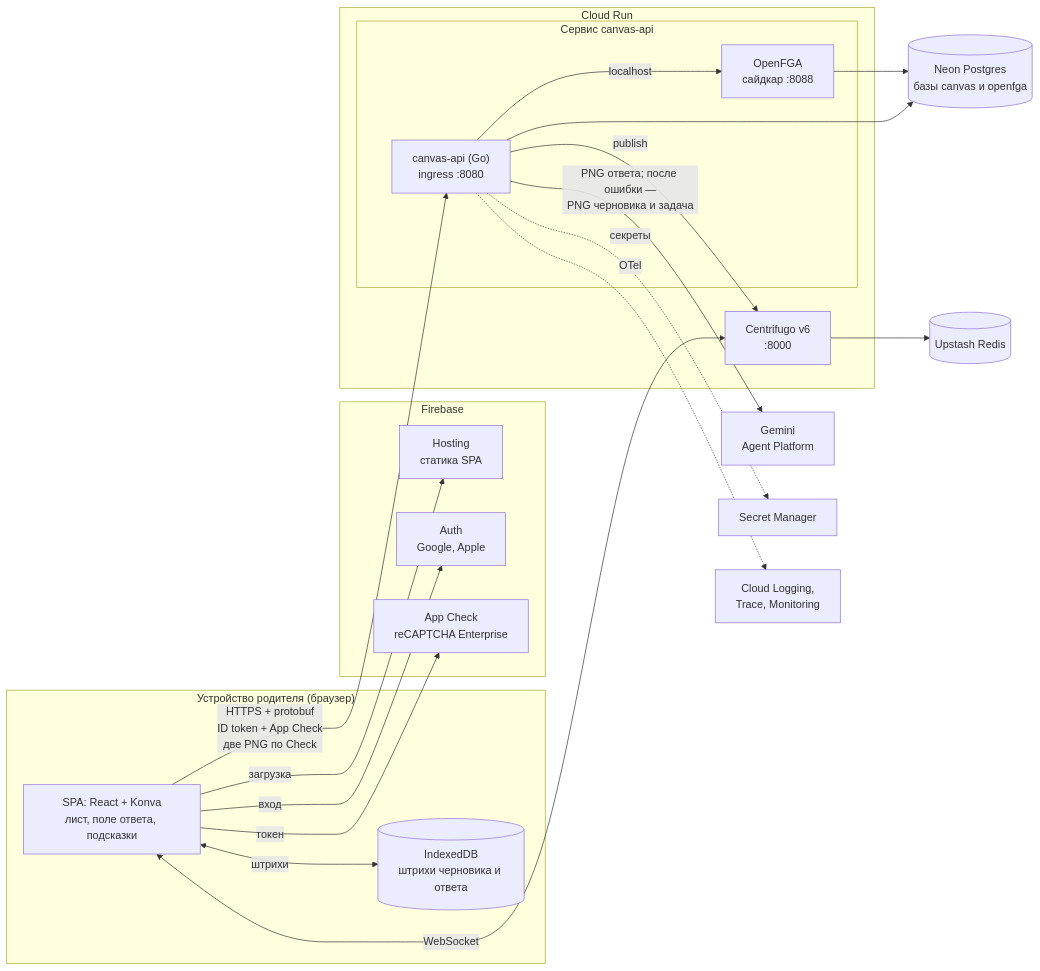
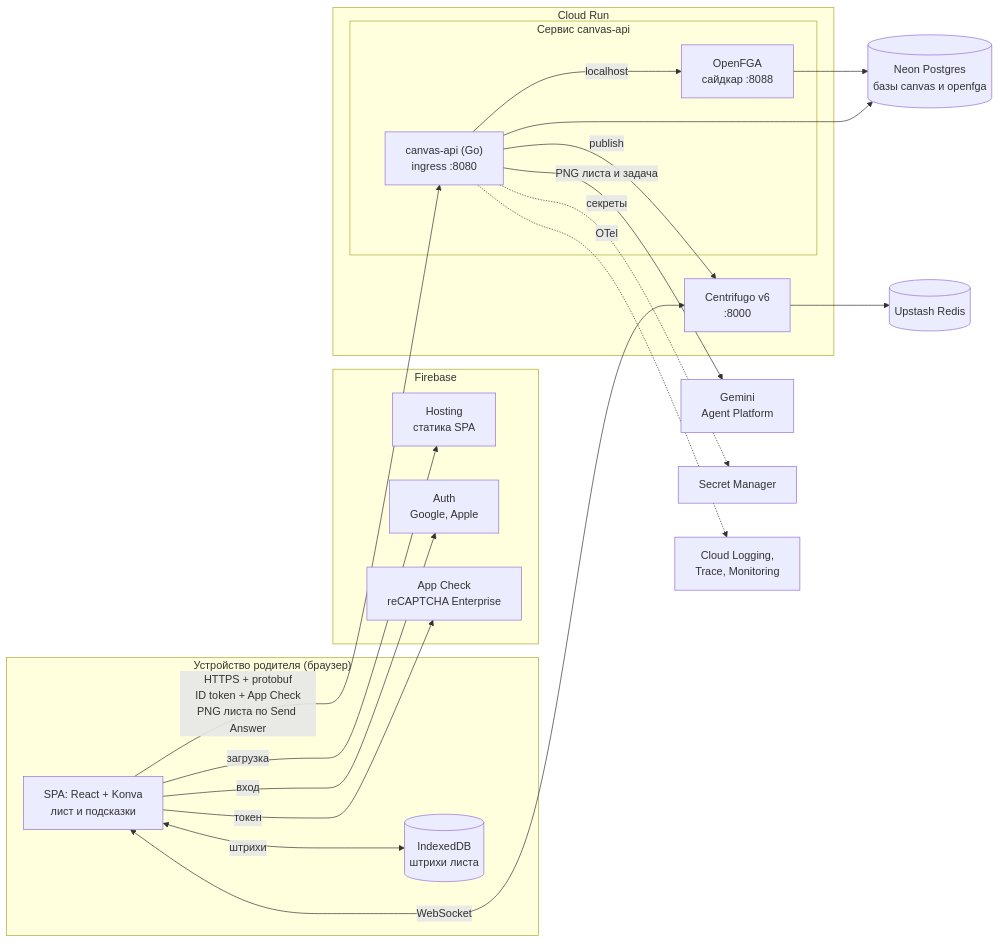
The first of 8 diagrams in docs/spec.md (MathTrail/canvas-api), drawn with Mermaid before and after one commit. The commit also changed other lines of this file and 8 other files, not shown here.

````diff
--- a/docs/spec.md
+++ b/docs/spec.md
@@ -59,39 +63,39 @@
 ```mermaid
 flowchart LR
     subgraph Device["Устройство родителя (браузер)"]
-        SPA["SPA: React + Konva<br/>лист, поле ответа, подсказки"]
-        IDB[("IndexedDB<br/>штрихи черновика и ответа")]
+        SPA["SPA: React + Konva<br/>лист и подсказки"]
+        IDB[("IndexedDB<br/>штрихи листа")]
     end
     subgraph FB["Firebase"]
         Hosting["Hosting<br/>статика SPA"]
         Auth["Auth<br/>Google, Apple"]
         AC["App Check<br/>reCAPTCHA Enterprise"]
     end
     subgraph CR["Cloud Run"]
         subgraph SVC["Сервис canvas-api"]
             API["canvas-api (Go)<br/>ingress :8080"]
             FGA["OpenFGA<br/>сайдкар :8088"]
         end
         CENT["Centrifugo v6<br/>:8000"]
     end
     NEON[("Neon Postgres<br/>базы canvas и openfga")]
     UPS[("Upstash Redis")]
     GEM["Gemini<br/>Agent Platform"]
     SM["Secret Manager"]
     OBS["Cloud Logging,<br/>Trace, Monitoring"]
 
     SPA <-->|"штрихи"| IDB
     SPA -->|"загрузка"| Hosting
     SPA -->|"вход"| Auth
     SPA -->|"токен"| AC
-    SPA -->|"HTTPS + protobuf<br/>ID token + App Check<br/>две PNG по Check"| API
+    SPA -->|"HTTPS + protobuf<br/>ID token + App Check<br/>PNG листа по Send Answer"| API
     SPA <-->|"WebSocket"| CENT
     API -->|"localhost"| FGA
     FGA --> NEON
     API --> NEON
-    API -->|"PNG ответа; после ошибки —<br/>PNG черновика и задача"| GEM
+    API -->|"PNG листа и задача"| GEM
     API -->|"publish"| CENT
     CENT --> UPS
     API -.->|"секреты"| SM
     API -.->|"OTel"| OBS
 ```
````
